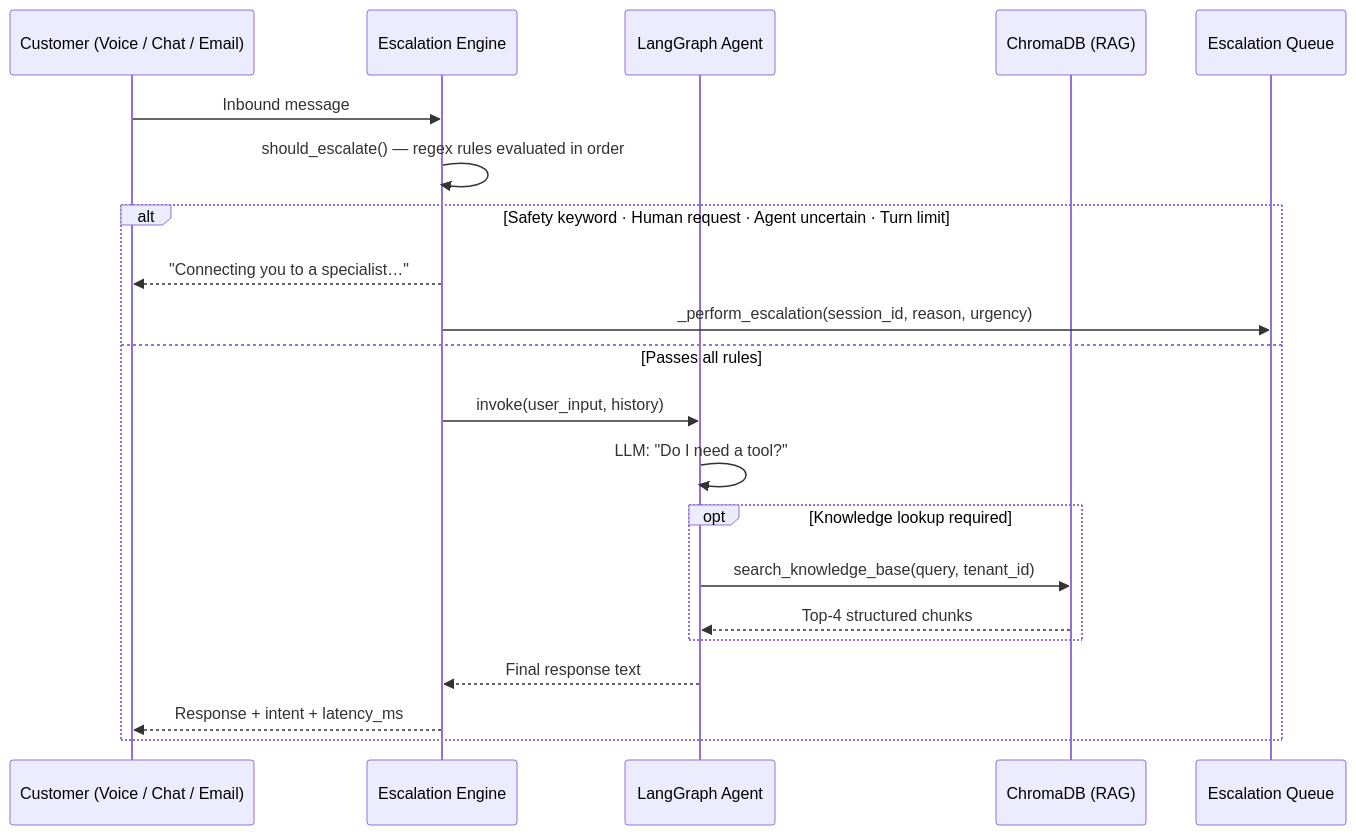
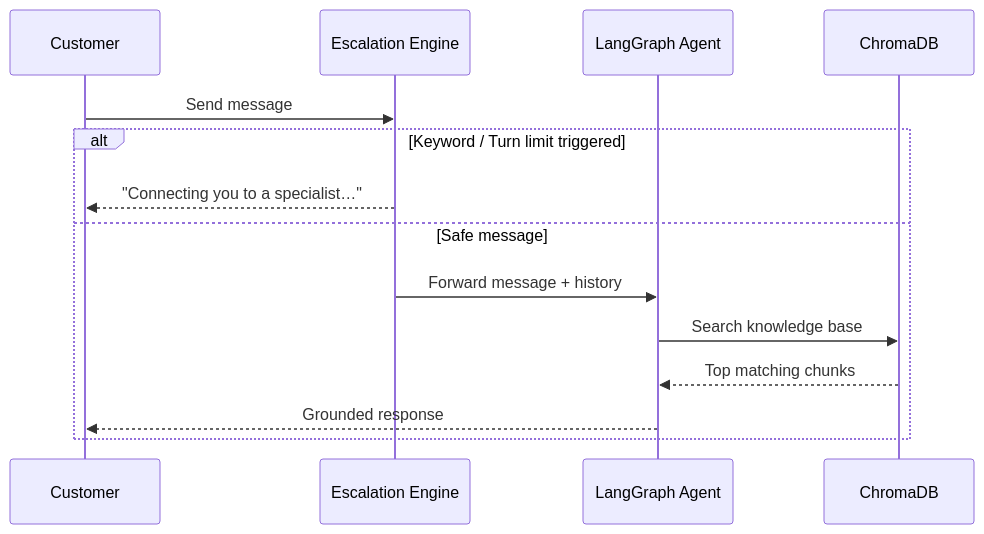
Before and after one commit to raghdaemara1/Ai-Support-system: the second of 3 diagrams in README.md, drawn with Mermaid. The commit also changed other lines of this file, not shown here.

Commit message:
Docs: Simplify README with cleaner Mermaid diagrams and revised structure

````diff
--- a/README.md
+++ b/README.md
@@ -164,27 +39,17 @@
 ```mermaid
 sequenceDiagram
-    participant User  as Customer (Voice / Chat / Email)
-    participant Gate  as Escalation Engine
-    participant Agent as LangGraph Agent
-    participant RAG   as ChromaDB (RAG)
-    participant Queue as Escalation Queue
+    participant U as Customer
+    participant E as Escalation Engine
+    participant A as LangGraph Agent
+    participant R as ChromaDB
 
-    User  ->> Gate  : Inbound message
-    Gate  ->> Gate  : should_escalate() — regex rules evaluated in order
-
-    alt Safety keyword · Human request · Agent uncertain · Turn limit
-        Gate  -->> User  : "Connecting you to a specialist…"
-        Gate  ->>  Queue : _perform_escalation(session_id, reason, urgency)
-    else Passes all rules
-        Gate  ->>  Agent : invoke(user_input, history)
-        Agent ->>  Agent : LLM: "Do I need a tool?"
-
-        opt Knowledge lookup required
-            Agent ->> RAG   : search_knowledge_base(query, tenant_id)
-            RAG   -->> Agent : Top-4 structured chunks
-        end
-
-        Agent -->> Gate  : Final response text
-        Gate  -->> User  : Response + intent + latency_ms
+    U->>E: Send message
+    alt Keyword / Turn limit triggered
+        E-->>U: "Connecting you to a specialist…"
+    else Safe message
+        E->>A: Forward message + history
+        A->>R: Search knowledge base
+        R-->>A: Top matching chunks
+        A-->>U: Grounded response
     end
 ```
````
